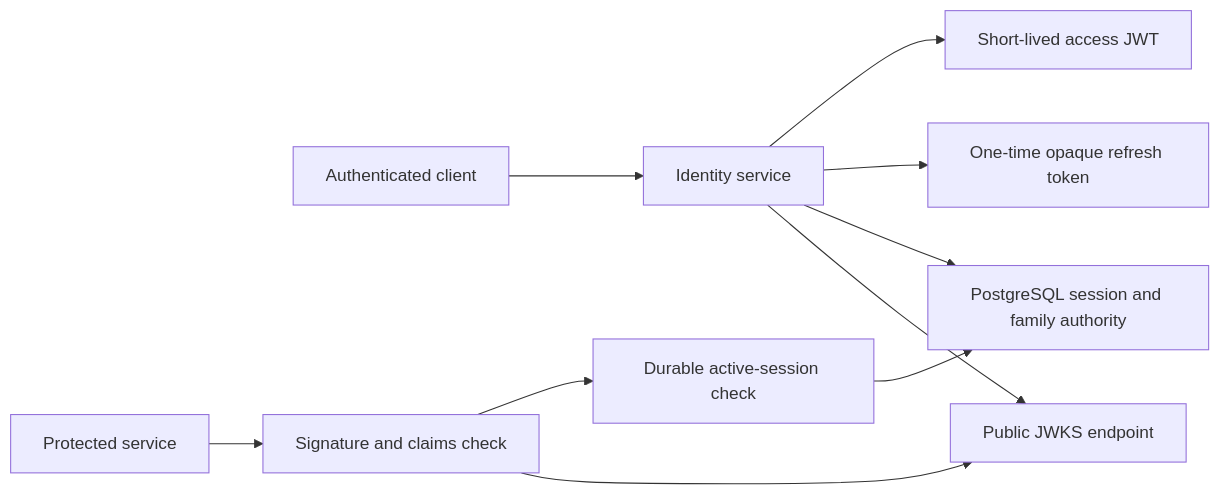
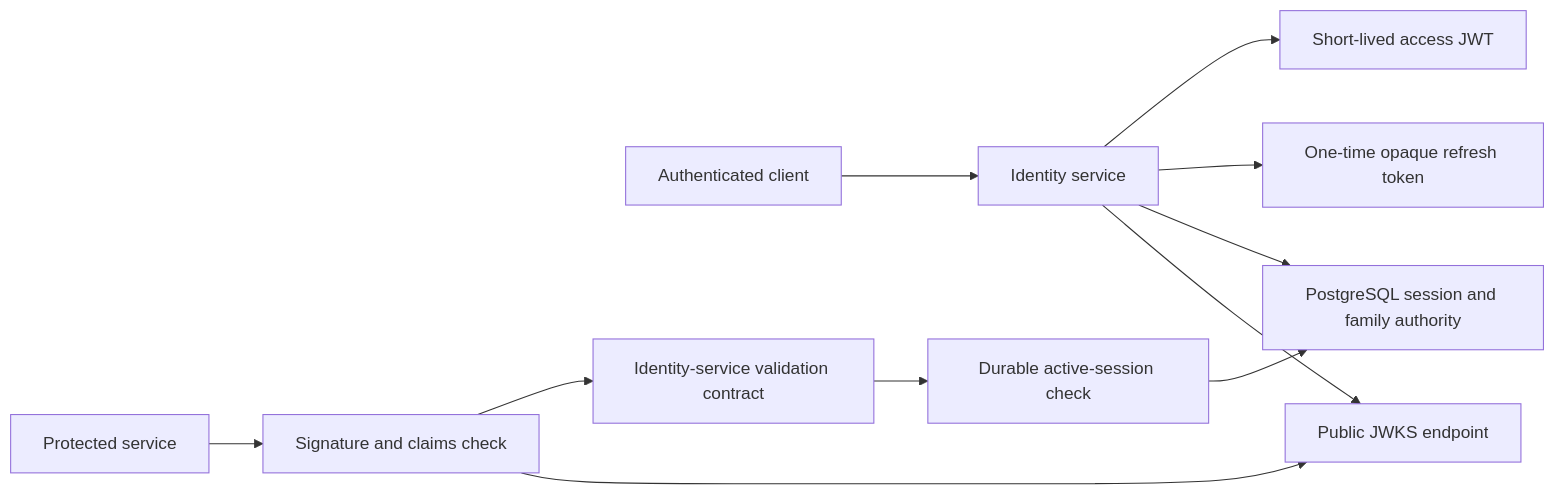
The first of 4 diagrams in docs/diagrams/identity-jwt.md (tdespenza/lifeos), drawn with Mermaid before and after one commit. The commit also changed other lines of this file and 33 other files, not shown here.

````diff
--- a/docs/diagrams/identity-jwt.md
+++ b/docs/diagrams/identity-jwt.md
@@ -9,12 +9,13 @@
 ```mermaid
 flowchart LR
     Client["Authenticated client"] --> Identity["Identity service"]
     Identity --> Access["Short-lived access JWT"]
     Identity --> Refresh["One-time opaque refresh token"]
     Identity --> Session["PostgreSQL session and family authority"]
     Service["Protected service"] --> Verify["Signature and claims check"]
-    Verify --> SessionCheck["Durable active-session check"]
+    Verify --> IdentityVerify["Identity-service validation contract"]
+    IdentityVerify --> SessionCheck["Durable active-session check"]
     SessionCheck --> Session
     Identity --> JWKS["Public JWKS endpoint"]
     Verify --> JWKS
 ```
````
